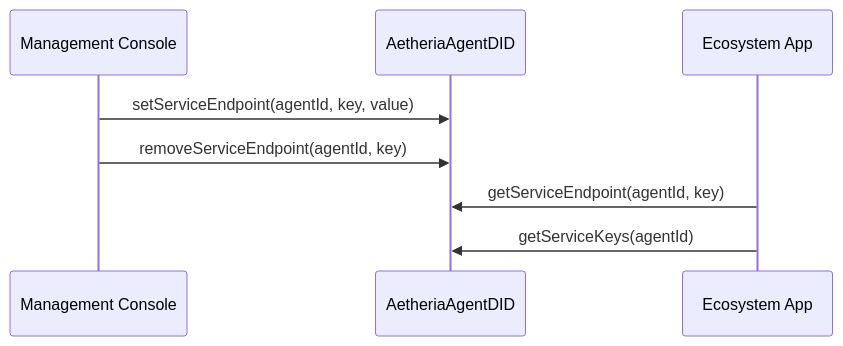
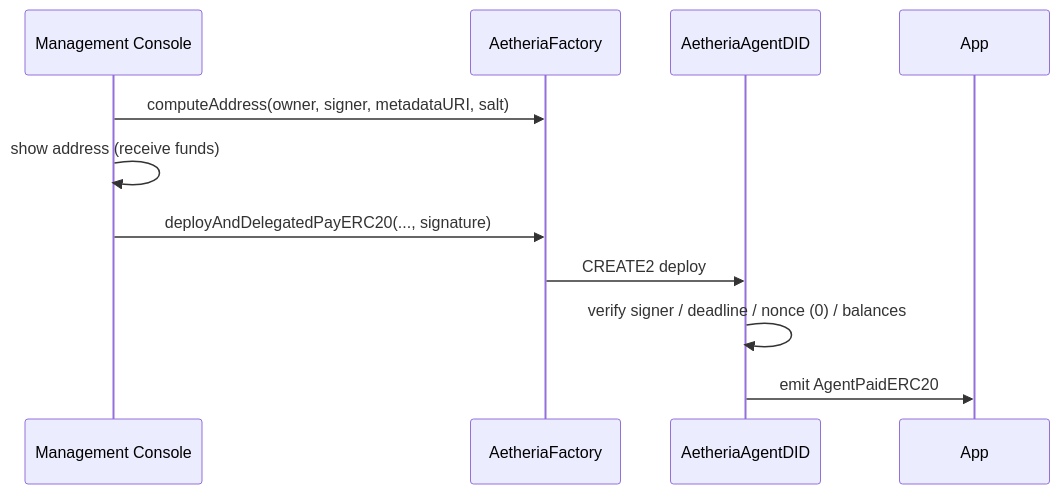
The seventh of 8 diagrams in docs/ArchitectureFlow.md (Qianniming/SmartContract1202), drawn with Mermaid before and after one commit. The commit also changed other lines of this file and 15 other files, not shown here.

````diff
--- a/docs/ArchitectureFlow.md
+++ b/docs/ArchitectureFlow.md
@@ -85,10 +87,12 @@
 ```mermaid
 sequenceDiagram
   participant Console as Management Console
+  participant F as AetheriaFactory
   participant SC as AetheriaAgentDID
-  participant App as Ecosystem App
-  Console->>SC: setServiceEndpoint(agentId, key, value)
-  Console->>SC: removeServiceEndpoint(agentId, key)
-  App->>SC: getServiceEndpoint(agentId, key)
-  App->>SC: getServiceKeys(agentId)
+  Console->>F: computeAddress(owner, signer, metadataURI, salt)
+  Console->>Console: show address (receive funds)
+  Console->>F: deployAndDelegatedPayERC20(..., signature)
+  F->>SC: CREATE2 deploy
+  SC->>SC: verify signer / deadline / nonce (0) / balances
+  SC->>App: emit AgentPaidERC20
 ```
````
